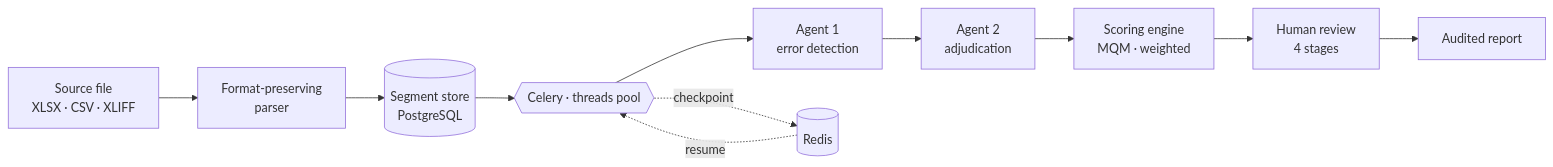
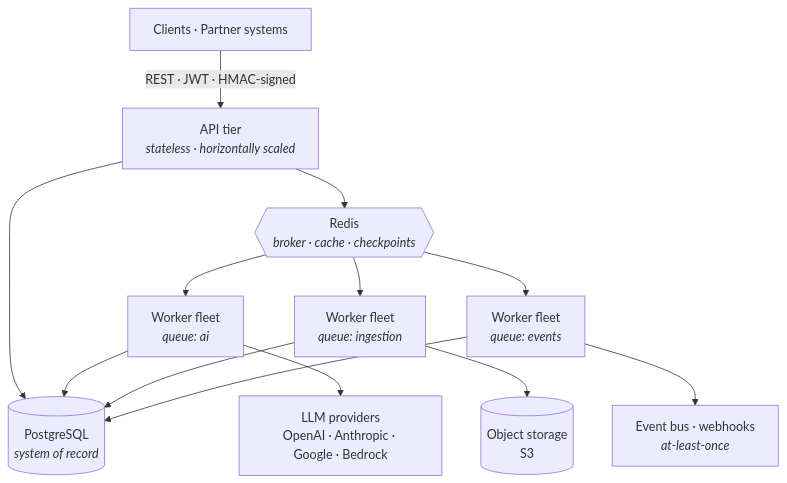
One commit to SheikhJawad/SheikhJawad changed the diagram in README.md. Above: the diagram before and after it, drawn with Mermaid. The commit also changed other lines of this file, not shown here.

Commit message:
Profile: system architecture, service boundaries

````diff
--- a/README.md
+++ b/README.md
@@ -18,13 +18,20 @@
 ```mermaid
-flowchart LR
-    A["Source file<br/>XLSX · CSV · XLIFF"] --> B["Format-preserving<br/>parser"]
-    B --> C[("Segment store<br/>PostgreSQL")]
-    C --> D{{"Celery · threads pool"}}
-    D --> E["Agent 1<br/>error detection"]
-    E --> F["Agent 2<br/>adjudication"]
-    F --> G["Scoring engine<br/>MQM · weighted"]
-    G --> H["Human review<br/>4 stages"]
-    H --> I["Audited report"]
-    D -.->|checkpoint| R[("Redis")]
-    R -.->|resume| D
+flowchart TB
+    CL["Clients · Partner systems"]
+    CL -->|"REST · JWT · HMAC-signed"| API["API tier<br/><i>stateless · horizontally scaled</i>"]
+
+    API --> PG[("PostgreSQL<br/><i>system of record</i>")]
+    API --> BR{{"Redis<br/><i>broker · cache · checkpoints</i>"}}
+
+    BR --> W1["Worker fleet<br/><i>queue: ai</i>"]
+    BR --> W2["Worker fleet<br/><i>queue: ingestion</i>"]
+    BR --> W3["Worker fleet<br/><i>queue: events</i>"]
+
+    W1 --> LLM["LLM providers<br/>OpenAI · Anthropic · Google · Bedrock"]
+    W2 --> OBJ[("Object storage<br/>S3")]
+    W3 --> EVT["Event bus · webhooks<br/><i>at-least-once</i>"]
+
+    W1 --> PG
+    W2 --> PG
+    W3 --> PG
 ```
````
